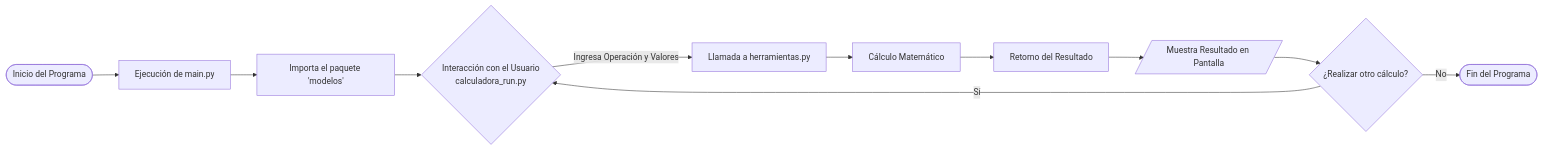
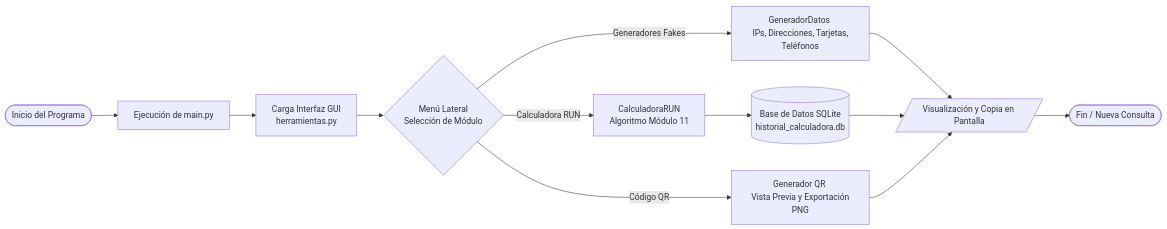
Before and after one commit to VicenteRC-Dev/Trabajo-programacion: the diagram in README.md, drawn with Mermaid. The commit also changed other lines of this file, not shown here.

````diff
--- a/README.md
+++ b/README.md
@@ -50,13 +68,14 @@
 ```mermaid
 graph LR
     A([Inicio del Programa]) --> B[Ejecución de main.py]
-    B --> C[Importa el paquete 'modelos']
-    C --> D{Interacción con el Usuario <br> calculadora_run.py}
-    D -->|Ingresa Operación y Valores| E[Llamada a herramientas.py]
-    E --> F[Cálculo Matemático]
-    F --> G[Retorno del Resultado]
-    G --> H[/Muestra Resultado en Pantalla/]
-    H --> I{¿Realizar otro cálculo?}
-    I -->|Sí| D
-    I -->|No| J([Fin del Programa])
+    B --> C[Carga Interfaz GUI <br> herramientas.py]
+    C --> D{Menú Lateral <br> Selección de Módulo}
+    D -->|Generadores Fakes| E[GeneradorDatos <br> IPs, Direcciones, Tarjetas, Teléfonos]
+    D -->|Calculadora RUN| F[CalculadoraRUN <br> Algoritmo Módulo 11]
+    F --> G[(Base de Datos SQLite <br> historial_calculadora.db)]
+    D -->|Código QR| H[Generador QR <br> Vista Previa y Exportación PNG]
+    E --> I[/Visualización y Copia en Pantalla/]
+    G --> I
+    H --> I
+    I --> J([Fin / Nueva Consulta])
 ```
````
